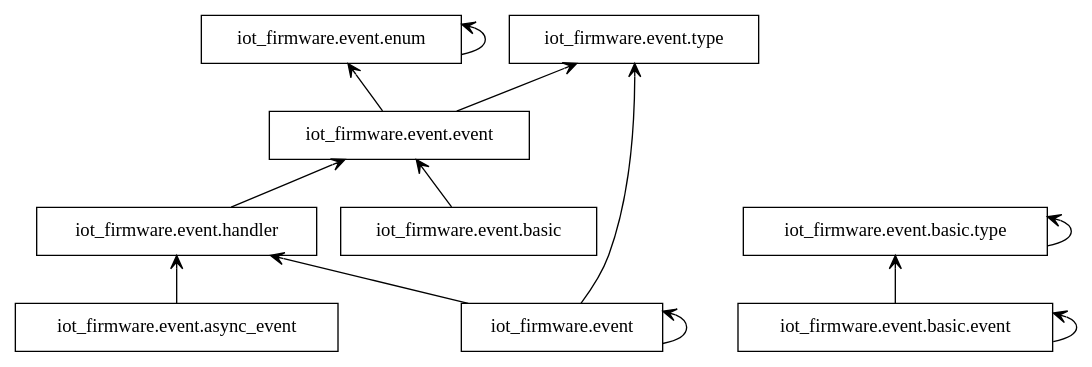
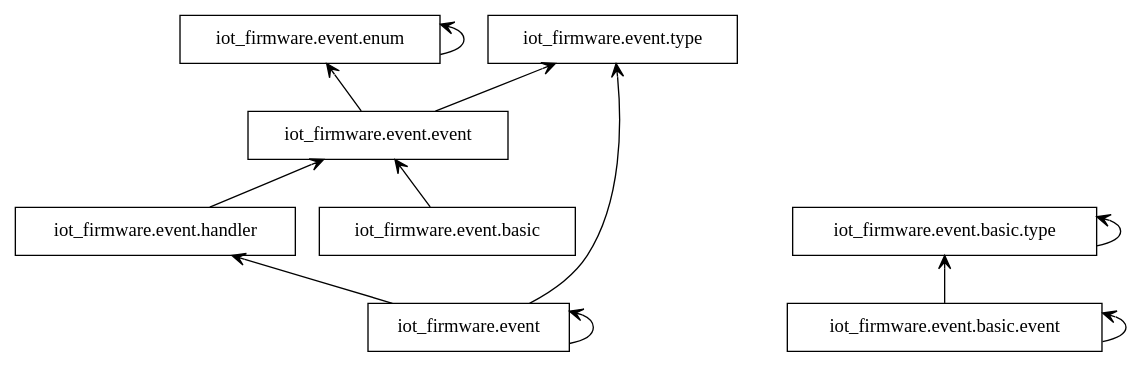
One commit to bonastreyair/iot-firmware changed the diagram in docs/graphs/packages_event.dot. Above: the diagram before and after it, drawn with Graphviz. The commit also changed 6 other files, not shown here.

```diff
--- a/docs/graphs/packages_event.dot
+++ b/docs/graphs/packages_event.dot
@@ -1,25 +1,23 @@
 digraph "packages_event" {
 rankdir=BT
 charset="utf-8"
 "iot_firmware.event" [color="black", label="iot_firmware.event", shape="box", style="solid"];
-"iot_firmware.event.async_event" [color="black", label="iot_firmware.event.async_event", shape="box", style="solid"];
 "iot_firmware.event.basic" [color="black", label="iot_firmware.event.basic", shape="box", style="solid"];
 "iot_firmware.event.basic.event" [color="black", label="iot_firmware.event.basic.event", shape="box", style="solid"];
 "iot_firmware.event.basic.type" [color="black", label="iot_firmware.event.basic.type", shape="box", style="solid"];
 "iot_firmware.event.enum" [color="black", label="iot_firmware.event.enum", shape="box", style="solid"];
 "iot_firmware.event.event" [color="black", label="iot_firmware.event.event", shape="box", style="solid"];
 "iot_firmware.event.handler" [color="black", label="iot_firmware.event.handler", shape="box", style="solid"];
 "iot_firmware.event.type" [color="black", label="iot_firmware.event.type", shape="box", style="solid"];
 "iot_firmware.event" -> "iot_firmware.event" [arrowhead="open", arrowtail="none"];
 "iot_firmware.event" -> "iot_firmware.event.handler" [arrowhead="open", arrowtail="none"];
 "iot_firmware.event" -> "iot_firmware.event.type" [arrowhead="open", arrowtail="none"];
-"iot_firmware.event.async_event" -> "iot_firmware.event.handler" [arrowhead="open", arrowtail="none"];
 "iot_firmware.event.basic" -> "iot_firmware.event.event" [arrowhead="open", arrowtail="none"];
 "iot_firmware.event.basic.event" -> "iot_firmware.event.basic.event" [arrowhead="open", arrowtail="none"];
 "iot_firmware.event.basic.event" -> "iot_firmware.event.basic.type" [arrowhead="open", arrowtail="none"];
 "iot_firmware.event.basic.type" -> "iot_firmware.event.basic.type" [arrowhead="open", arrowtail="none"];
 "iot_firmware.event.enum" -> "iot_firmware.event.enum" [arrowhead="open", arrowtail="none"];
 "iot_firmware.event.event" -> "iot_firmware.event.enum" [arrowhead="open", arrowtail="none"];
 "iot_firmware.event.event" -> "iot_firmware.event.type" [arrowhead="open", arrowtail="none"];
 "iot_firmware.event.handler" -> "iot_firmware.event.event" [arrowhead="open", arrowtail="none"];
 }
```
